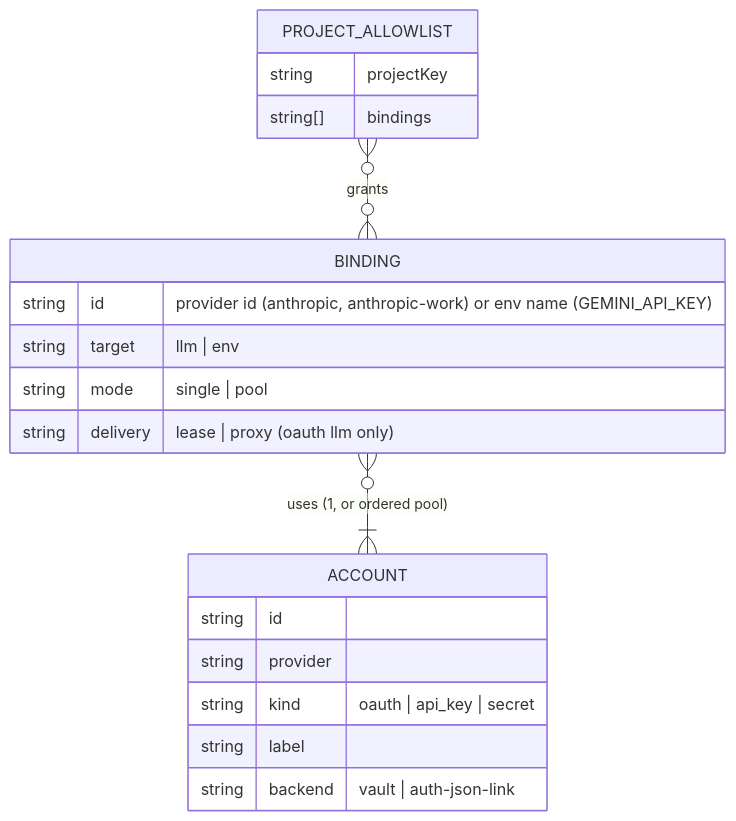
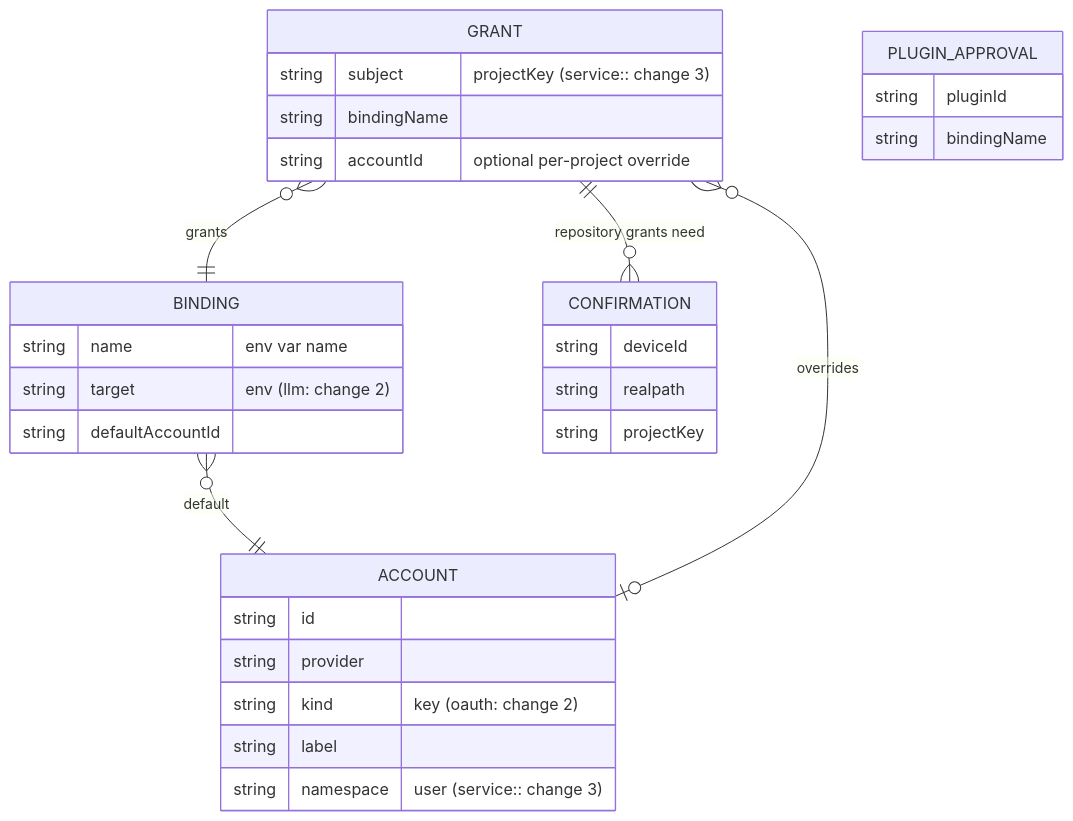
The first of 2 diagrams in openspec/changes/add-credential-vault/design.md (BlackBeltTechnology/pi-agent-dashboard), drawn with Mermaid before and after one commit. The commit also changed other lines of this file and 42 other files, not shown here.

Commit message:
openspec: refine proposals; split credential vault into 3 parts (add-vault-llm-delivery, absorb-service-secrets-into-vault); flesh out stabilize-mdns-server-identity

````diff
--- a/openspec/changes/add-credential-vault/design.md
+++ b/openspec/changes/add-credential-vault/design.md
@@ -53,22 +59,33 @@
 ```mermaid
 erDiagram
   ACCOUNT {
     string id
     string provider
-    string kind "oauth | api_key | secret"
+    string kind "key (oauth: change 2)"
     string label
-    string backend "vault | auth-json-link"
+    string namespace "user (service:<id>: change 3)"
   }
   BINDING {
-    string id "provider id (anthropic, anthropic-work) or env name (GEMINI_API_KEY)"
-    string target "llm | env"
-    string mode "single | pool"
-    string delivery "lease | proxy (oauth llm only)"
+    string name "env var name"
+    string target "env (llm: change 2)"
+    string defaultAccountId
   }
-  PROJECT_ALLOWLIST {
+  GRANT {
+    string subject "projectKey (service:<id>: change 3)"
+    string bindingName
+    string accountId "optional per-project override"
+  }
+  BINDING }o--|| ACCOUNT : "default"
+  GRANT }o--|| BINDING : grants
+  GRANT }o--o| ACCOUNT : "overrides"
+  CONFIRMATION {
+    string deviceId
+    string realpath
     string projectKey
-    string[] bindings
   }
-  BINDING }o--|{ ACCOUNT : "uses (1, or ordered pool)"
-  PROJECT_ALLOWLIST }o--o{ BINDING : "grants"
+  PLUGIN_APPROVAL {
+    string pluginId
+    string bindingName
+  }
+  GRANT ||--o{ CONFIRMATION : "repository grants need"
 ```
````
